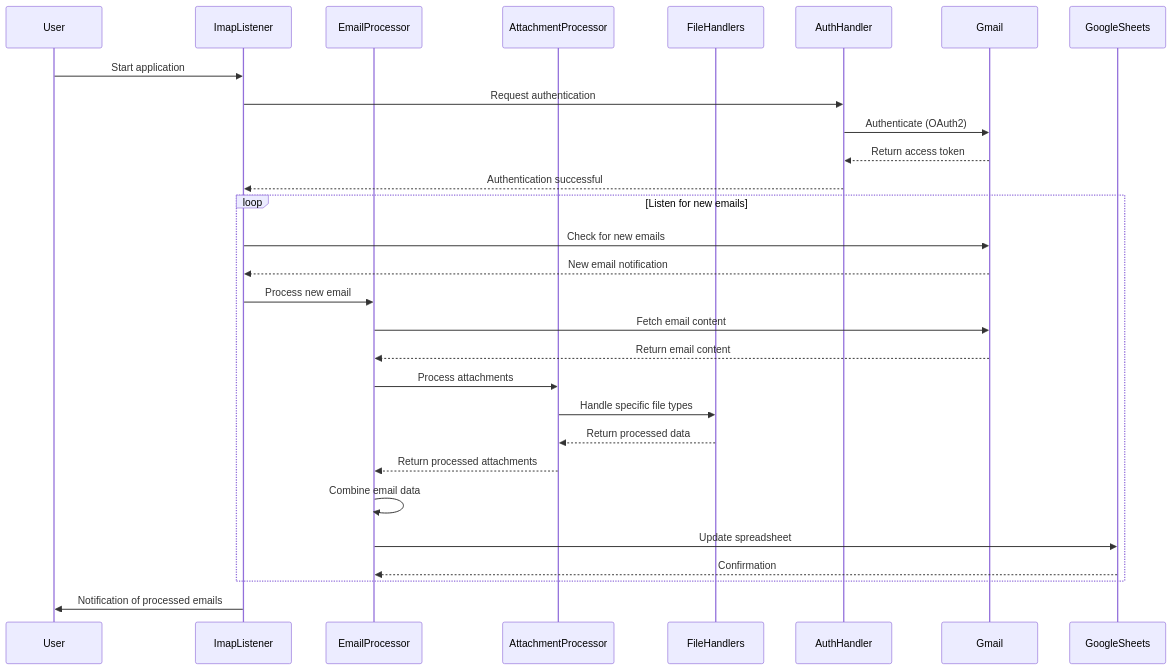
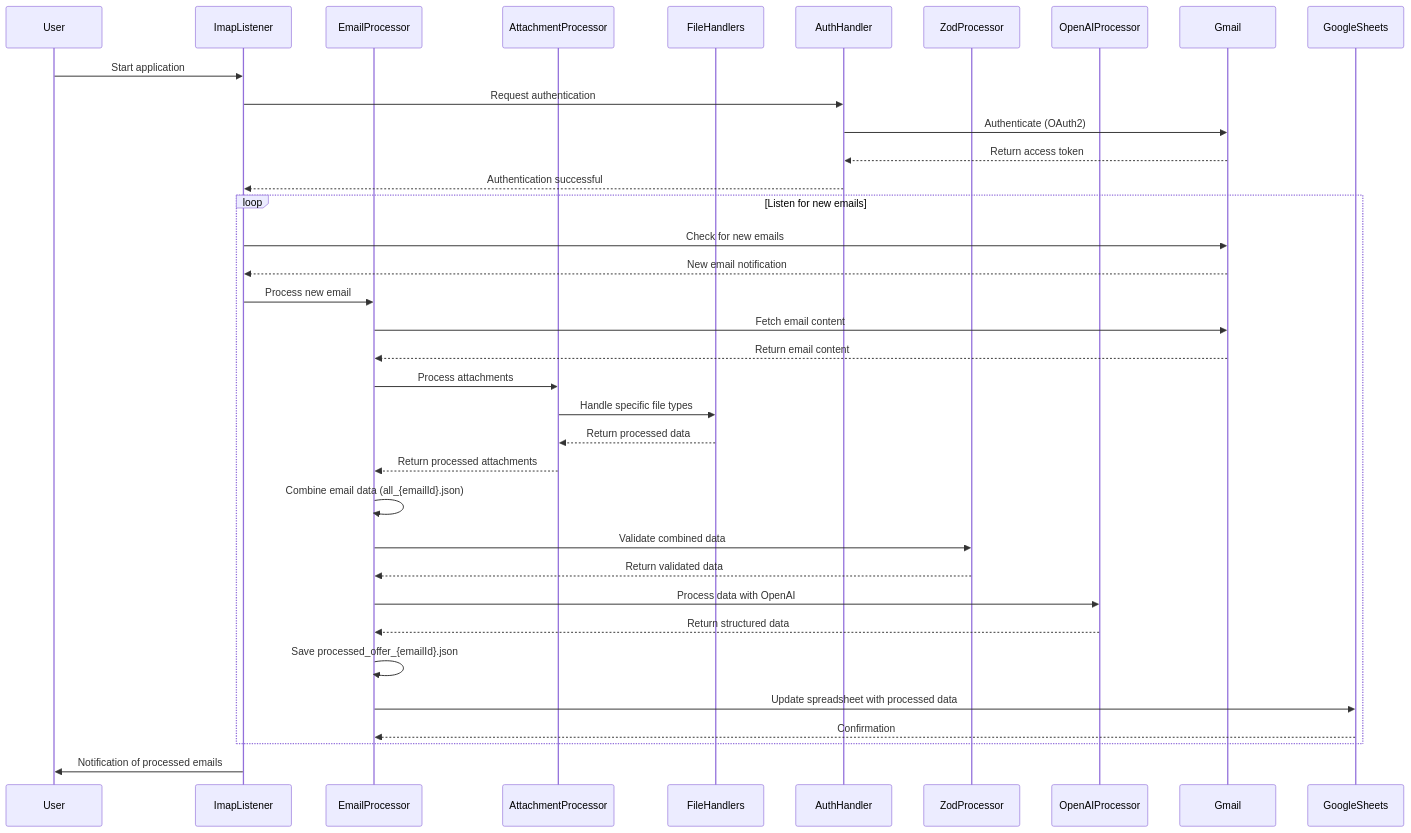
One commit to ardium-pl/Budmat-zapytania-ofertowe changed the diagram in README.md. Above: the diagram before and after it, drawn with Mermaid.

Commit message:
Enhance README with prerequisites, troubleshooting, and deployment sections

````diff
--- a/README.md
+++ b/README.md
@@ -153,34 +153,41 @@
 ```mermaid
 sequenceDiagram
-    participant User
-    participant ImapListener
-    participant EmailProcessor
-    participant AttachmentProcessor
-    participant FileHandlers
-    participant AuthHandler
-    participant Gmail
-    participant GoogleSheets
+   participant User
+   participant ImapListener
+   participant EmailProcessor
+   participant AttachmentProcessor
+   participant FileHandlers
+   participant AuthHandler
+   participant ZodProcessor
+   participant OpenAIProcessor
+   participant Gmail
+   participant GoogleSheets
 
-    User->>ImapListener: Start application
-    ImapListener->>AuthHandler: Request authentication
-    AuthHandler->>Gmail: Authenticate (OAuth2)
-    Gmail-->>AuthHandler: Return access token
-    AuthHandler-->>ImapListener: Authentication successful
+   User->>ImapListener: Start application
+   ImapListener->>AuthHandler: Request authentication
+   AuthHandler->>Gmail: Authenticate (OAuth2)
+   Gmail-->>AuthHandler: Return access token
+   AuthHandler-->>ImapListener: Authentication successful
 
-    loop Listen for new emails
-        ImapListener->>Gmail: Check for new emails
-        Gmail-->>ImapListener: New email notification
-        ImapListener->>EmailProcessor: Process new email
-        EmailProcessor->>Gmail: Fetch email content
-        Gmail-->>EmailProcessor: Return email content
-        EmailProcessor->>AttachmentProcessor: Process attachments
-        AttachmentProcessor->>FileHandlers: Handle specific file types
-        FileHandlers-->>AttachmentProcessor: Return processed data
-        AttachmentProcessor-->>EmailProcessor: Return processed attachments
-        EmailProcessor->>EmailProcessor: Combine email data
-        EmailProcessor->>GoogleSheets: Update spreadsheet
-        GoogleSheets-->>EmailProcessor: Confirmation
-    end
+   loop Listen for new emails
+      ImapListener->>Gmail: Check for new emails
+      Gmail-->>ImapListener: New email notification
+      ImapListener->>EmailProcessor: Process new email
+      EmailProcessor->>Gmail: Fetch email content
+      Gmail-->>EmailProcessor: Return email content
+      EmailProcessor->>AttachmentProcessor: Process attachments
+      AttachmentProcessor->>FileHandlers: Handle specific file types
+      FileHandlers-->>AttachmentProcessor: Return processed data
+      AttachmentProcessor-->>EmailProcessor: Return processed attachments
+      EmailProcessor->>EmailProcessor: Combine email data (all_{emailId}.json)
+      EmailProcessor->>ZodProcessor: Validate combined data
+      ZodProcessor-->>EmailProcessor: Return validated data
+      EmailProcessor->>OpenAIProcessor: Process data with OpenAI
+      OpenAIProcessor-->>EmailProcessor: Return structured data
+      EmailProcessor->>EmailProcessor: Save processed_offer_{emailId}.json
+      EmailProcessor->>GoogleSheets: Update spreadsheet with processed data
+      GoogleSheets-->>EmailProcessor: Confirmation
+   end
 
-    ImapListener->>User: Notification of processed emails
+   ImapListener->>User: Notification of processed emails
 ```
````
